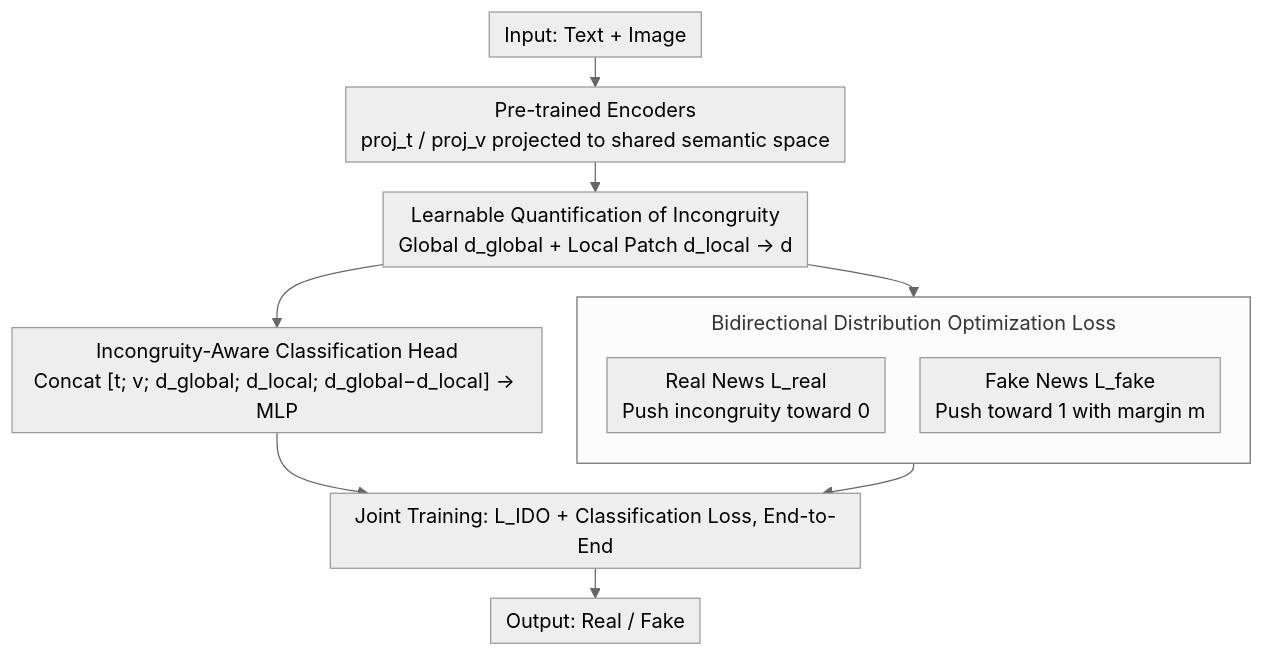
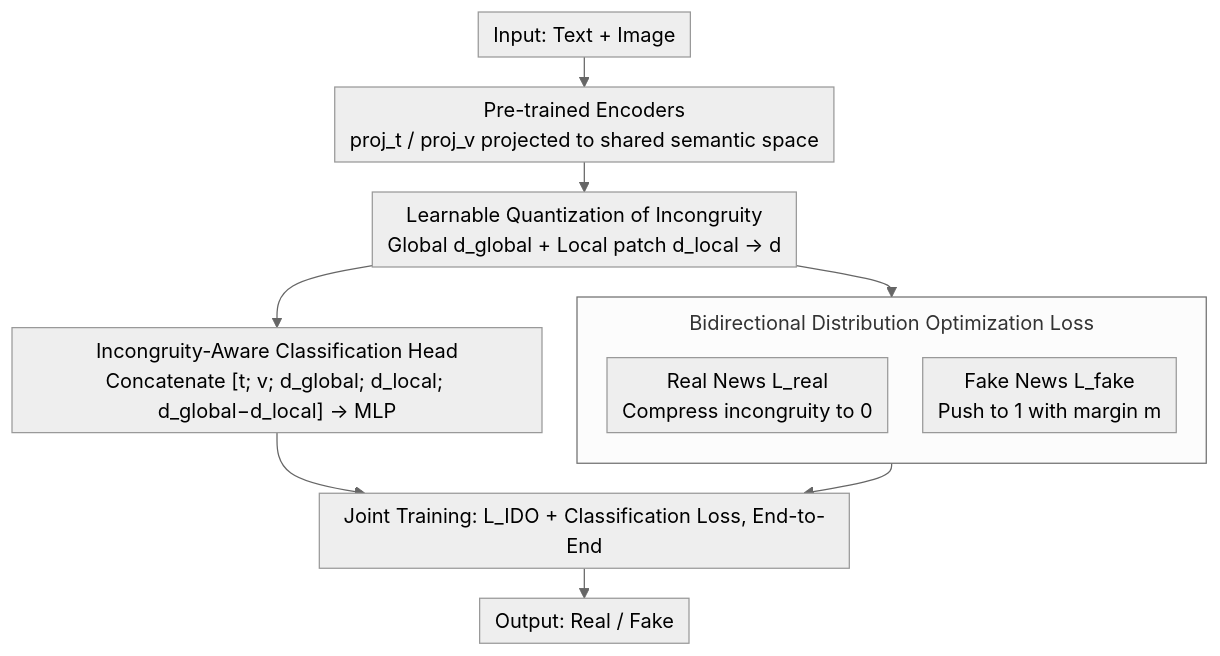
The diagram in docs/ICML2026/social_computing/ido_incongruity-aware_distribution_optimization_for_multimodal_fake_news_detecti.md (zhaoyang97/Paper-Notes-en), drawn with Mermaid (neutral theme) before and after one commit. The commit also changed other lines of this file and 5084 other files, not shown here.

````diff
--- a/docs/ICML2026/social_computing/ido_incongruity-aware_distribution_optimization_for_multimodal_fake_news_detecti.md
+++ b/docs/ICML2026/social_computing/ido_incongruity-aware_distribution_optimization_for_multimodal_fake_news_detecti.md
@@ -42,16 +42,16 @@
 ```mermaid
 %%{init: {'flowchart': {'rankSpacing': 24, 'nodeSpacing': 28, 'padding': 6, 'wrappingWidth': 400, 'subGraphTitleMargin': {'top': 8, 'bottom': 16}}}}%%
 flowchart TD
     A["Input: Text + Image"] --> B["Pre-trained Encoders<br/>proj_t / proj_v projected to shared semantic space"]
-    B --> C["Learnable Quantification of Incongruity<br/>Global d_global + Local Patch d_local → d"]
+    B --> C["Learnable Quantization of Incongruity<br/>Global d_global + Local patch d_local → d"]
     subgraph OPT["Bidirectional Distribution Optimization Loss"]
         direction TB
-        E["Real News L_real<br/>Push incongruity toward 0"]
-        F["Fake News L_fake<br/>Push toward 1 with margin m"]
+        E["Real News L_real<br/>Compress incongruity to 0"]
+        F["Fake News L_fake<br/>Push to 1 with margin m"]
     end
     C --> OPT
-    C --> G["Incongruity-Aware Classification Head<br/>Concat [t; v; d_global; d_local; d_global−d_local] → MLP"]
+    C --> G["Incongruity-Aware Classification Head<br/>Concatenate [t; v; d_global; d_local; d_global−d_local] → MLP"]
     OPT --> H["Joint Training: L_IDO + Classification Loss, End-to-End"]
     G --> H
     H --> I["Output: Real / Fake"]
 ```
````
